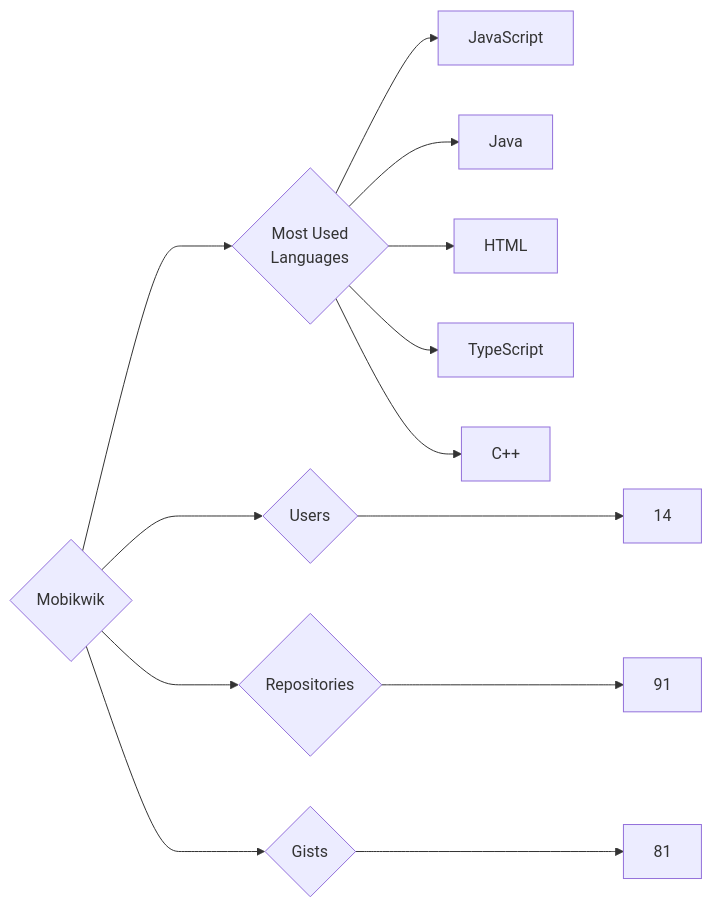
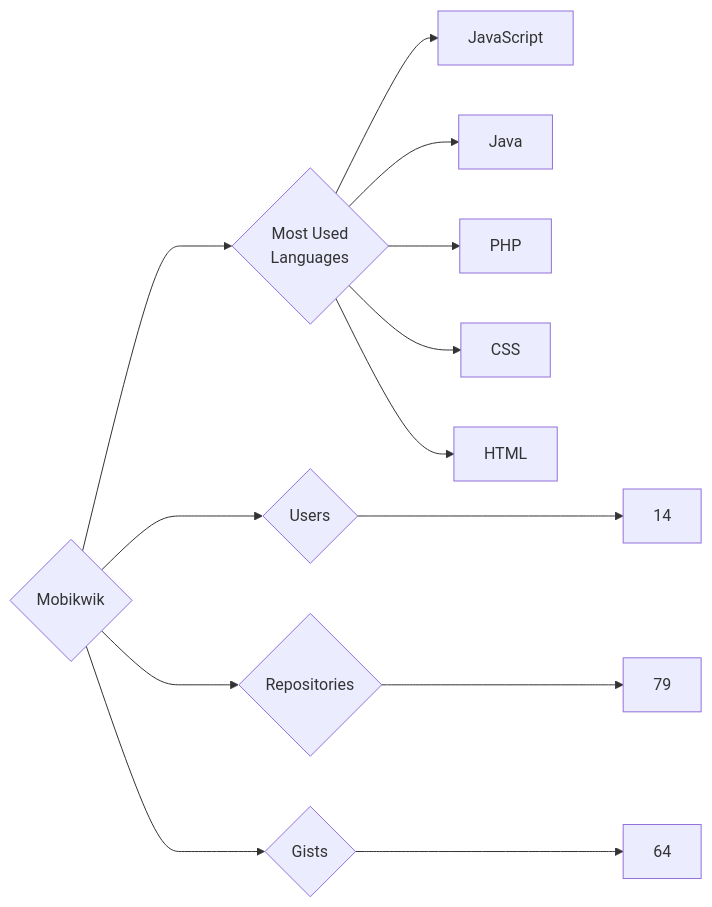
Before and after one commit to trickest/insiders: the diagram in targets/Mobikwik/README.md, drawn with Mermaid. The commit also changed 1479 other files, not shown here.

````diff
--- a/targets/Mobikwik/README.md
+++ b/targets/Mobikwik/README.md
@@ -3,13 +3,13 @@
 ```mermaid
 graph LR
 COMPANY_NAME{Mobikwik}
 COMPANY_NAME ---> U{Users} ---> UN[14]
-COMPANY_NAME ---> R{Repositories} ---> RN[91]
-COMPANY_NAME ---> G{Gists} ---> GN[81]
+COMPANY_NAME ---> R{Repositories} ---> RN[79]
+COMPANY_NAME ---> G{Gists} ---> GN[64]
 COMPANY_NAME ---> ML{Most Used<br>Languages}
 ML --> JavaScript[JavaScript]
 ML --> Java[Java]
+ML --> PHP[PHP]
+ML --> CSS[CSS]
 ML --> HTML[HTML]
-ML --> TypeScript[TypeScript]
-ML --> C++[C++]
 ```
````
